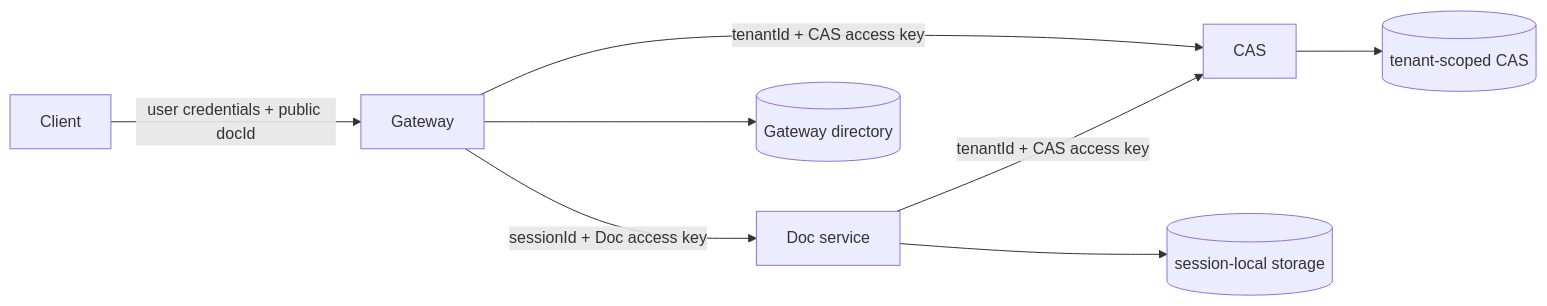
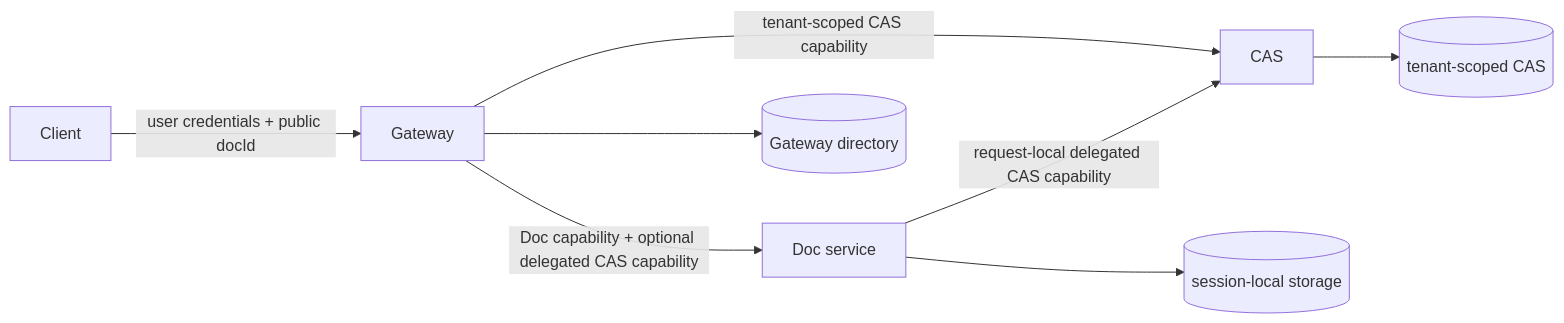
One commit to shazhou-ww/unidocs changed the diagram in docs/microservice-architecture.md. Above: the diagram before and after it, drawn with Mermaid. The commit also changed other lines of this file and 7 other files, not shown here.

````diff
--- a/docs/microservice-architecture.md
+++ b/docs/microservice-architecture.md
@@ -7,11 +7,11 @@
 ```mermaid
 flowchart LR
   Client -->|user credentials + public docId| Gateway
-  Gateway -->|sessionId + Doc access key| Doc[Doc service]
-  Gateway -->|tenantId + CAS access key| CAS
-  Doc -->|tenantId + CAS access key| CAS
+  Gateway -->|Doc capability + optional delegated CAS capability| Doc[Doc service]
+  Gateway -->|tenant-scoped CAS capability| CAS
+  Doc -->|request-local delegated CAS capability| CAS
 
   Gateway --> GatewayDB[(Gateway directory)]
   Doc --> SessionStore[(session-local storage)]
   CAS --> TenantStore[(tenant-scoped CAS)]
 ```
````
